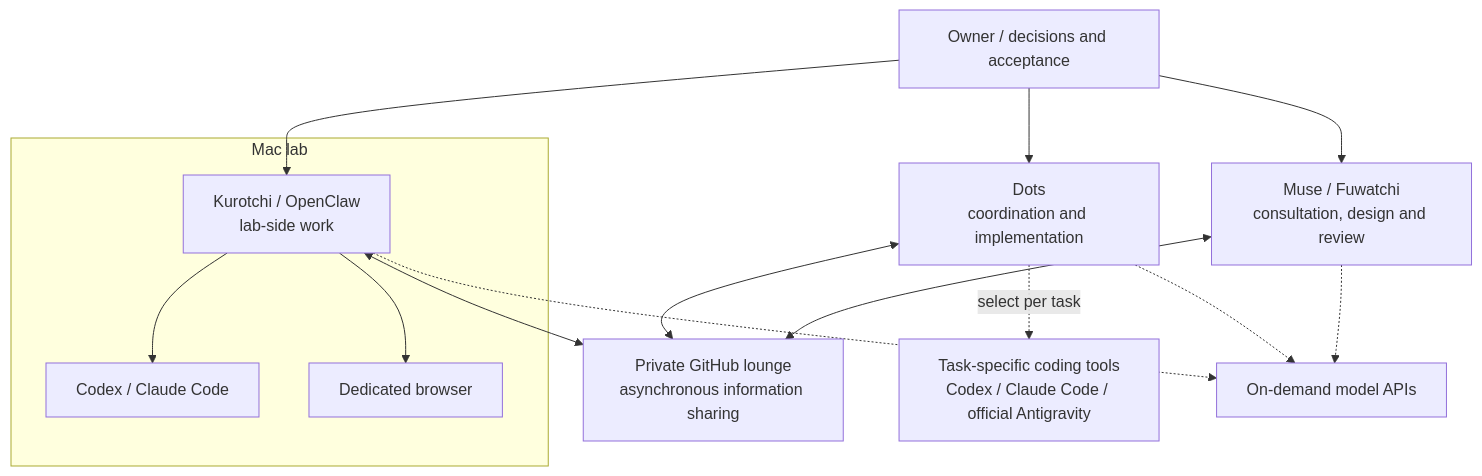
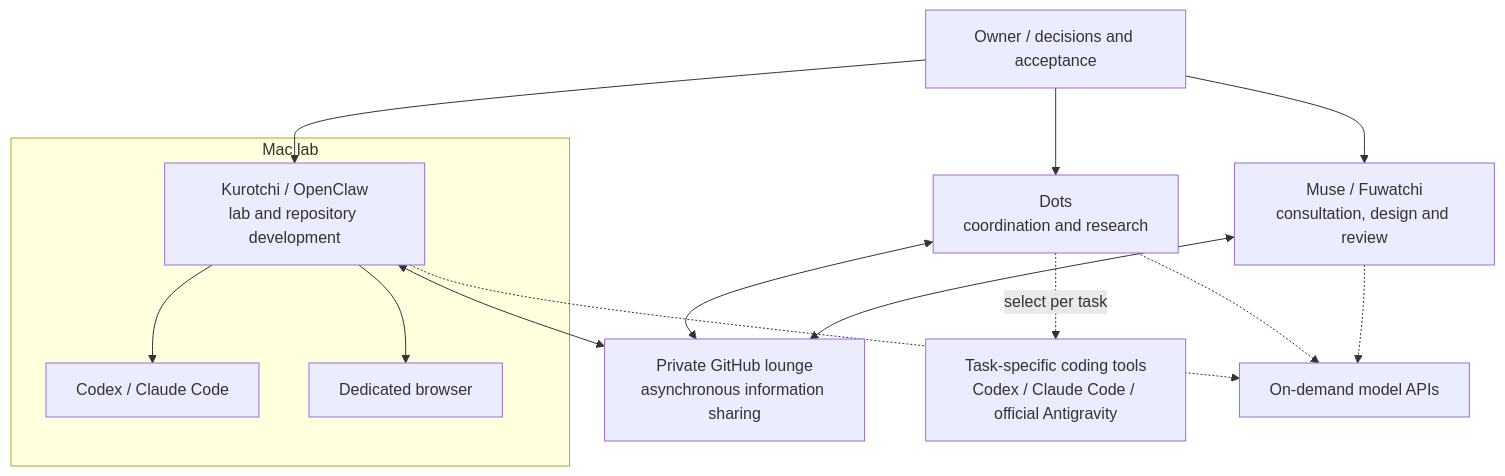
One commit to moruku36/multi-ai-workflow changed the diagram in README.md. Above: the diagram before and after it, drawn with Mermaid. The commit also changed other lines of this file and 3 other files, not shown here.

````diff
--- a/README.md
+++ b/README.md
@@ -26,26 +49,26 @@
 ```mermaid
 flowchart TB
     OWNER["Owner / decisions and acceptance"]
-    DOTS["Dots<br/>coordination and implementation"]
+    DOTS["Dots<br/>coordination and research"]
     MUSE["Muse / Fuwatchi<br/>consultation, design and review"]
     LOUNGE["Private GitHub lounge<br/>asynchronous information sharing"]
     subgraph LAB["Mac lab"]
-        KURO["Kurotchi / OpenClaw<br/>lab-side work"]
+        KURO["Kurotchi / OpenClaw<br/>lab and repository development"]
         CLI["Codex / Claude Code"]
         BROWSER["Dedicated browser"]
     end
     WORKERS["Task-specific coding tools<br/>Codex / Claude Code / official Antigravity"]
     API["On-demand model APIs"]
     OWNER --> DOTS
     OWNER --> MUSE
     OWNER --> KURO
     DOTS <--> LOUNGE
     MUSE <--> LOUNGE
     KURO <--> LOUNGE
     KURO --> CLI
     KURO --> BROWSER
     DOTS -.->|"select per task"| WORKERS
     DOTS -.-> API
     MUSE -.-> API
     KURO -.-> API
 ```
````
